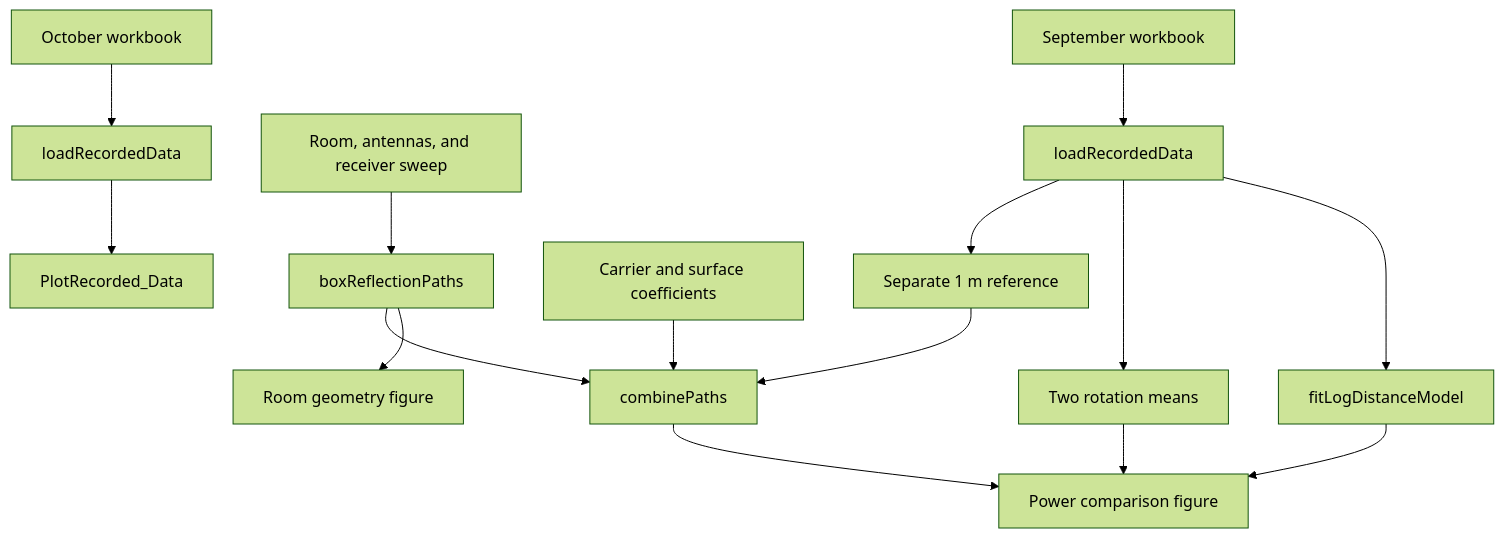
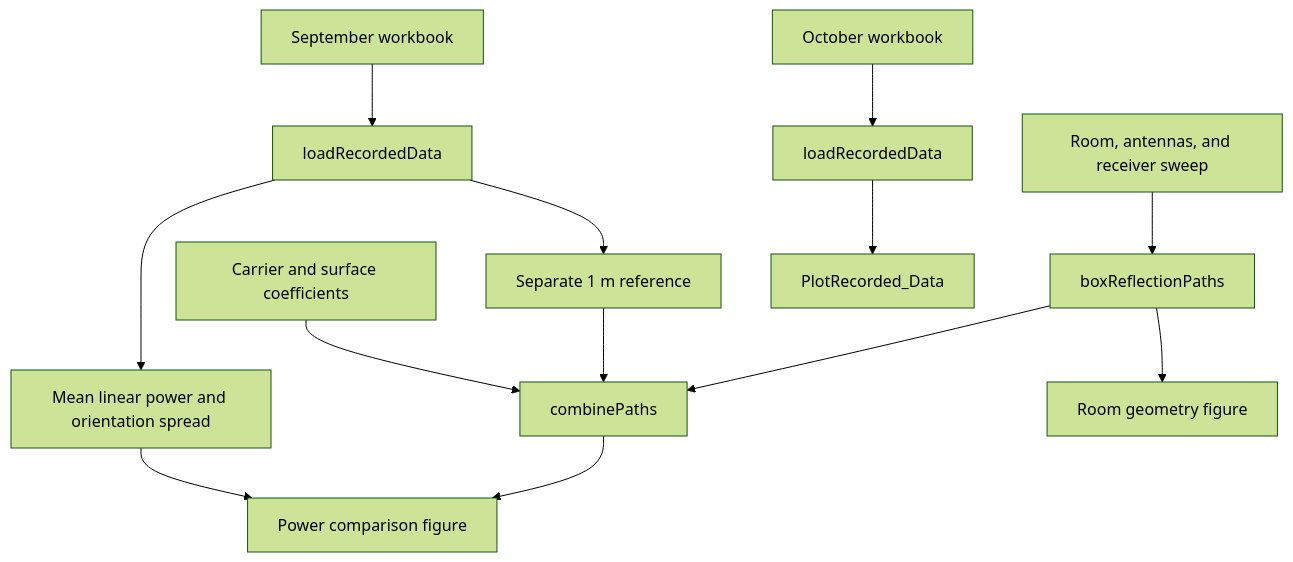
One commit to SamShue/The-Box changed the diagram in CODE_GUIDE.md. Above: the diagram before and after it, drawn with Mermaid (forest theme). The commit also changed other lines of this file and 5 other files, not shown here.

Commit message:
Enhance documentation and update data processing for October measurements; include orientation-averaged power calculations and error analysis in simulation.

````diff
--- a/CODE_GUIDE.md
+++ b/CODE_GUIDE.md
@@ -23,17 +23,15 @@
 ```mermaid
 flowchart TD
     SEPT[September workbook] --> LOAD[loadRecordedData]
     LOAD --> REF[Separate 1 m reference]
-    LOAD --> ROT[Two rotation means]
-    LOAD --> FIT[fitLogDistanceModel]
+    LOAD --> ROT[Mean linear power and orientation spread]
     SETTINGS[Room, antennas, and receiver sweep] --> PATHS[boxReflectionPaths]
     PATHS --> SUM[combinePaths]
     REF --> SUM
     RF[Carrier and surface coefficients] --> SUM
     SUM --> POWER[Power comparison figure]
     ROT --> POWER
-    FIT --> POWER
     PATHS --> ROOM[Room geometry figure]
     OCT[October workbook] --> OCTLOAD[loadRecordedData]
     OCTLOAD --> OCTPLOT[PlotRecorded_Data]
 ```
````
